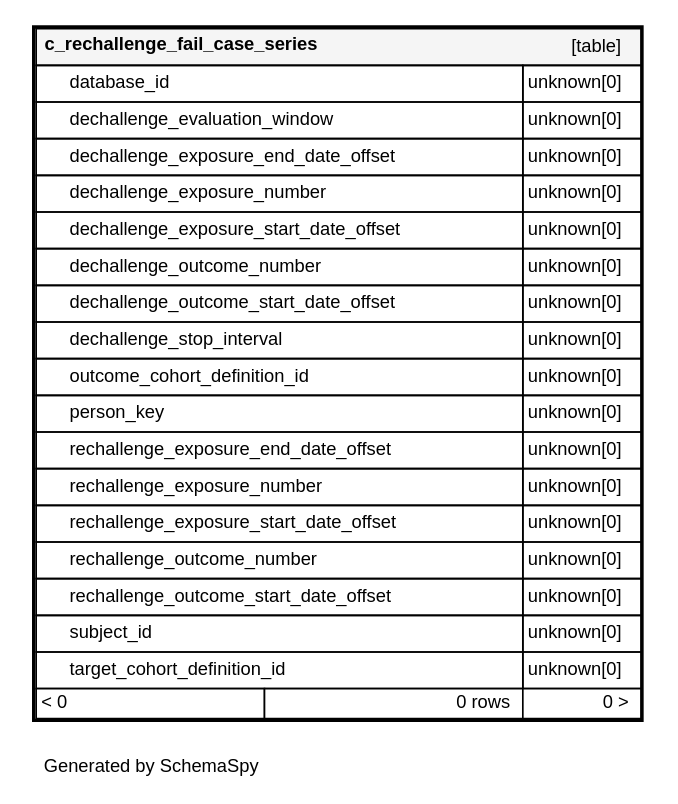
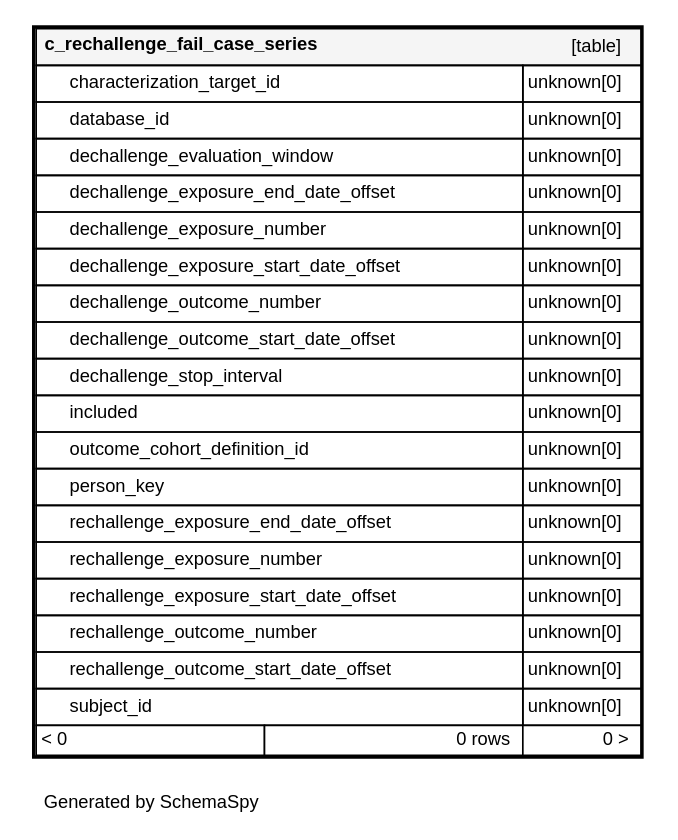
The diagram in results-schema/diagrams/tables/c_rechallenge_fail_case_series.1degree.dot (OHDSI/Strategus), drawn with Graphviz before and after one commit. The commit also changed 404 other files, not shown here.

```diff
--- a/results-schema/diagrams/tables/c_rechallenge_fail_case_series.1degree.dot
+++ b/results-schema/diagrams/tables/c_rechallenge_fail_case_series.1degree.dot
@@ -1,30 +1,31 @@
 digraph "oneDegreeRelationshipsDiagram" {
   graph [    rankdir="RL"    bgcolor="#ffffff"    label="\nGenerated by SchemaSpy"    labeljust="l"    nodesep="0.18"    ranksep="0.46"    fontname="Helvetica"    fontsize="11"    ration="compress"  ];  node [    fontname="Helvetica"    fontsize="11"    shape="plaintext"  ];  edge [    arrowsize="0.8"  ];
   "c_rechallenge_fail_case_series" [
    label=<
     <TABLE BORDER="2" CELLBORDER="1" CELLSPACING="0" BGCOLOR="#ffffff">
       <TR><TD COLSPAN="4"  BGCOLOR="#f5f5f5"><TABLE BORDER="0" CELLSPACING="0"><TR><TD ALIGN="LEFT" FIXEDSIZE="TRUE" WIDTH="203" HEIGHT="16"><B>c_rechallenge_fail_case_series</B></TD><TD ALIGN="RIGHT">[table]</TD></TR></TABLE></TD></TR>
+      <TR><TD PORT="characterization_target_id" COLSPAN="2" ALIGN="LEFT"><TABLE BORDER="0" CELLSPACING="0" ALIGN="LEFT"><TR ALIGN="LEFT"><TD ALIGN="LEFT" FIXEDSIZE="TRUE" WIDTH="15" HEIGHT="16"></TD><TD ALIGN="LEFT" FIXEDSIZE="TRUE" WIDTH="271" HEIGHT="16">characterization_target_id</TD></TR></TABLE></TD><TD PORT="characterization_target_id.type" ALIGN="LEFT">unknown[0]</TD></TR>
       <TR><TD PORT="database_id" COLSPAN="2" ALIGN="LEFT"><TABLE BORDER="0" CELLSPACING="0" ALIGN="LEFT"><TR ALIGN="LEFT"><TD ALIGN="LEFT" FIXEDSIZE="TRUE" WIDTH="15" HEIGHT="16"></TD><TD ALIGN="LEFT" FIXEDSIZE="TRUE" WIDTH="271" HEIGHT="16">database_id</TD></TR></TABLE></TD><TD PORT="database_id.type" ALIGN="LEFT">unknown[0]</TD></TR>
       <TR><TD PORT="dechallenge_evaluation_window" COLSPAN="2" ALIGN="LEFT"><TABLE BORDER="0" CELLSPACING="0" ALIGN="LEFT"><TR ALIGN="LEFT"><TD ALIGN="LEFT" FIXEDSIZE="TRUE" WIDTH="15" HEIGHT="16"></TD><TD ALIGN="LEFT" FIXEDSIZE="TRUE" WIDTH="271" HEIGHT="16">dechallenge_evaluation_window</TD></TR></TABLE></TD><TD PORT="dechallenge_evaluation_window.type" ALIGN="LEFT">unknown[0]</TD></TR>
       <TR><TD PORT="dechallenge_exposure_end_date_offset" COLSPAN="2" ALIGN="LEFT"><TABLE BORDER="0" CELLSPACING="0" ALIGN="LEFT"><TR ALIGN="LEFT"><TD ALIGN="LEFT" FIXEDSIZE="TRUE" WIDTH="15" HEIGHT="16"></TD><TD ALIGN="LEFT" FIXEDSIZE="TRUE" WIDTH="271" HEIGHT="16">dechallenge_exposure_end_date_offset</TD></TR></TABLE></TD><TD PORT="dechallenge_exposure_end_date_offset.type" ALIGN="LEFT">unknown[0]</TD></TR>
       <TR><TD PORT="dechallenge_exposure_number" COLSPAN="2" ALIGN="LEFT"><TABLE BORDER="0" CELLSPACING="0" ALIGN="LEFT"><TR ALIGN="LEFT"><TD ALIGN="LEFT" FIXEDSIZE="TRUE" WIDTH="15" HEIGHT="16"></TD><TD ALIGN="LEFT" FIXEDSIZE="TRUE" WIDTH="271" HEIGHT="16">dechallenge_exposure_number</TD></TR></TABLE></TD><TD PORT="dechallenge_exposure_number.type" ALIGN="LEFT">unknown[0]</TD></TR>
       <TR><TD PORT="dechallenge_exposure_start_date_offset" COLSPAN="2" ALIGN="LEFT"><TABLE BORDER="0" CELLSPACING="0" ALIGN="LEFT"><TR ALIGN="LEFT"><TD ALIGN="LEFT" FIXEDSIZE="TRUE" WIDTH="15" HEIGHT="16"></TD><TD ALIGN="LEFT" FIXEDSIZE="TRUE" WIDTH="271" HEIGHT="16">dechallenge_exposure_start_date_offset</TD></TR></TABLE></TD><TD PORT="dechallenge_exposure_start_date_offset.type" ALIGN="LEFT">unknown[0]</TD></TR>
       <TR><TD PORT="dechallenge_outcome_number" COLSPAN="2" ALIGN="LEFT"><TABLE BORDER="0" CELLSPACING="0" ALIGN="LEFT"><TR ALIGN="LEFT"><TD ALIGN="LEFT" FIXEDSIZE="TRUE" WIDTH="15" HEIGHT="16"></TD><TD ALIGN="LEFT" FIXEDSIZE="TRUE" WIDTH="271" HEIGHT="16">dechallenge_outcome_number</TD></TR></TABLE></TD><TD PORT="dechallenge_outcome_number.type" ALIGN="LEFT">unknown[0]</TD></TR>
       <TR><TD PORT="dechallenge_outcome_start_date_offset" COLSPAN="2" ALIGN="LEFT"><TABLE BORDER="0" CELLSPACING="0" ALIGN="LEFT"><TR ALIGN="LEFT"><TD ALIGN="LEFT" FIXEDSIZE="TRUE" WIDTH="15" HEIGHT="16"></TD><TD ALIGN="LEFT" FIXEDSIZE="TRUE" WIDTH="271" HEIGHT="16">dechallenge_outcome_start_date_offset</TD></TR></TABLE></TD><TD PORT="dechallenge_outcome_start_date_offset.type" ALIGN="LEFT">unknown[0]</TD></TR>
       <TR><TD PORT="dechallenge_stop_interval" COLSPAN="2" ALIGN="LEFT"><TABLE BORDER="0" CELLSPACING="0" ALIGN="LEFT"><TR ALIGN="LEFT"><TD ALIGN="LEFT" FIXEDSIZE="TRUE" WIDTH="15" HEIGHT="16"></TD><TD ALIGN="LEFT" FIXEDSIZE="TRUE" WIDTH="271" HEIGHT="16">dechallenge_stop_interval</TD></TR></TABLE></TD><TD PORT="dechallenge_stop_interval.type" ALIGN="LEFT">unknown[0]</TD></TR>
+      <TR><TD PORT="included" COLSPAN="2" ALIGN="LEFT"><TABLE BORDER="0" CELLSPACING="0" ALIGN="LEFT"><TR ALIGN="LEFT"><TD ALIGN="LEFT" FIXEDSIZE="TRUE" WIDTH="15" HEIGHT="16"></TD><TD ALIGN="LEFT" FIXEDSIZE="TRUE" WIDTH="271" HEIGHT="16">included</TD></TR></TABLE></TD><TD PORT="included.type" ALIGN="LEFT">unknown[0]</TD></TR>
       <TR><TD PORT="outcome_cohort_definition_id" COLSPAN="2" ALIGN="LEFT"><TABLE BORDER="0" CELLSPACING="0" ALIGN="LEFT"><TR ALIGN="LEFT"><TD ALIGN="LEFT" FIXEDSIZE="TRUE" WIDTH="15" HEIGHT="16"></TD><TD ALIGN="LEFT" FIXEDSIZE="TRUE" WIDTH="271" HEIGHT="16">outcome_cohort_definition_id</TD></TR></TABLE></TD><TD PORT="outcome_cohort_definition_id.type" ALIGN="LEFT">unknown[0]</TD></TR>
       <TR><TD PORT="person_key" COLSPAN="2" ALIGN="LEFT"><TABLE BORDER="0" CELLSPACING="0" ALIGN="LEFT"><TR ALIGN="LEFT"><TD ALIGN="LEFT" FIXEDSIZE="TRUE" WIDTH="15" HEIGHT="16"></TD><TD ALIGN="LEFT" FIXEDSIZE="TRUE" WIDTH="271" HEIGHT="16">person_key</TD></TR></TABLE></TD><TD PORT="person_key.type" ALIGN="LEFT">unknown[0]</TD></TR>
       <TR><TD PORT="rechallenge_exposure_end_date_offset" COLSPAN="2" ALIGN="LEFT"><TABLE BORDER="0" CELLSPACING="0" ALIGN="LEFT"><TR ALIGN="LEFT"><TD ALIGN="LEFT" FIXEDSIZE="TRUE" WIDTH="15" HEIGHT="16"></TD><TD ALIGN="LEFT" FIXEDSIZE="TRUE" WIDTH="271" HEIGHT="16">rechallenge_exposure_end_date_offset</TD></TR></TABLE></TD><TD PORT="rechallenge_exposure_end_date_offset.type" ALIGN="LEFT">unknown[0]</TD></TR>
       <TR><TD PORT="rechallenge_exposure_number" COLSPAN="2" ALIGN="LEFT"><TABLE BORDER="0" CELLSPACING="0" ALIGN="LEFT"><TR ALIGN="LEFT"><TD ALIGN="LEFT" FIXEDSIZE="TRUE" WIDTH="15" HEIGHT="16"></TD><TD ALIGN="LEFT" FIXEDSIZE="TRUE" WIDTH="271" HEIGHT="16">rechallenge_exposure_number</TD></TR></TABLE></TD><TD PORT="rechallenge_exposure_number.type" ALIGN="LEFT">unknown[0]</TD></TR>
       <TR><TD PORT="rechallenge_exposure_start_date_offset" COLSPAN="2" ALIGN="LEFT"><TABLE BORDER="0" CELLSPACING="0" ALIGN="LEFT"><TR ALIGN="LEFT"><TD ALIGN="LEFT" FIXEDSIZE="TRUE" WIDTH="15" HEIGHT="16"></TD><TD ALIGN="LEFT" FIXEDSIZE="TRUE" WIDTH="271" HEIGHT="16">rechallenge_exposure_start_date_offset</TD></TR></TABLE></TD><TD PORT="rechallenge_exposure_start_date_offset.type" ALIGN="LEFT">unknown[0]</TD></TR>
       <TR><TD PORT="rechallenge_outcome_number" COLSPAN="2" ALIGN="LEFT"><TABLE BORDER="0" CELLSPACING="0" ALIGN="LEFT"><TR ALIGN="LEFT"><TD ALIGN="LEFT" FIXEDSIZE="TRUE" WIDTH="15" HEIGHT="16"></TD><TD ALIGN="LEFT" FIXEDSIZE="TRUE" WIDTH="271" HEIGHT="16">rechallenge_outcome_number</TD></TR></TABLE></TD><TD PORT="rechallenge_outcome_number.type" ALIGN="LEFT">unknown[0]</TD></TR>
       <TR><TD PORT="rechallenge_outcome_start_date_offset" COLSPAN="2" ALIGN="LEFT"><TABLE BORDER="0" CELLSPACING="0" ALIGN="LEFT"><TR ALIGN="LEFT"><TD ALIGN="LEFT" FIXEDSIZE="TRUE" WIDTH="15" HEIGHT="16"></TD><TD ALIGN="LEFT" FIXEDSIZE="TRUE" WIDTH="271" HEIGHT="16">rechallenge_outcome_start_date_offset</TD></TR></TABLE></TD><TD PORT="rechallenge_outcome_start_date_offset.type" ALIGN="LEFT">unknown[0]</TD></TR>
       <TR><TD PORT="subject_id" COLSPAN="2" ALIGN="LEFT"><TABLE BORDER="0" CELLSPACING="0" ALIGN="LEFT"><TR ALIGN="LEFT"><TD ALIGN="LEFT" FIXEDSIZE="TRUE" WIDTH="15" HEIGHT="16"></TD><TD ALIGN="LEFT" FIXEDSIZE="TRUE" WIDTH="271" HEIGHT="16">subject_id</TD></TR></TABLE></TD><TD PORT="subject_id.type" ALIGN="LEFT">unknown[0]</TD></TR>
-      <TR><TD PORT="target_cohort_definition_id" COLSPAN="2" ALIGN="LEFT"><TABLE BORDER="0" CELLSPACING="0" ALIGN="LEFT"><TR ALIGN="LEFT"><TD ALIGN="LEFT" FIXEDSIZE="TRUE" WIDTH="15" HEIGHT="16"></TD><TD ALIGN="LEFT" FIXEDSIZE="TRUE" WIDTH="271" HEIGHT="16">target_cohort_definition_id</TD></TR></TABLE></TD><TD PORT="target_cohort_definition_id.type" ALIGN="LEFT">unknown[0]</TD></TR>
       <TR><TD ALIGN="LEFT" BGCOLOR="#ffffff">&lt; 0</TD><TD ALIGN="RIGHT" BGCOLOR="#ffffff">0 rows</TD><TD ALIGN="RIGHT" BGCOLOR="#ffffff">0 &gt;</TD></TR>
     </TABLE>>
     URL="../../tables/c_rechallenge_fail_case_series.html"
     target="_top"
     tooltip="c_rechallenge_fail_case_series"
   ];
 }
```
